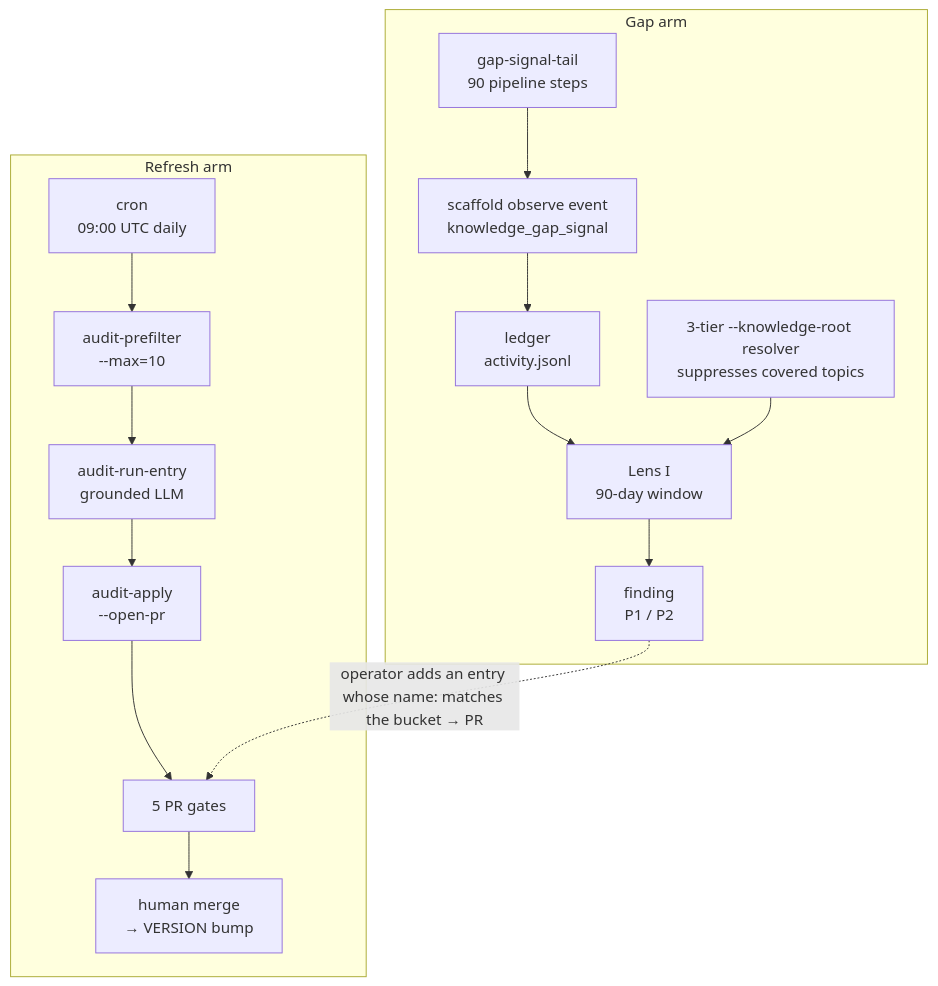
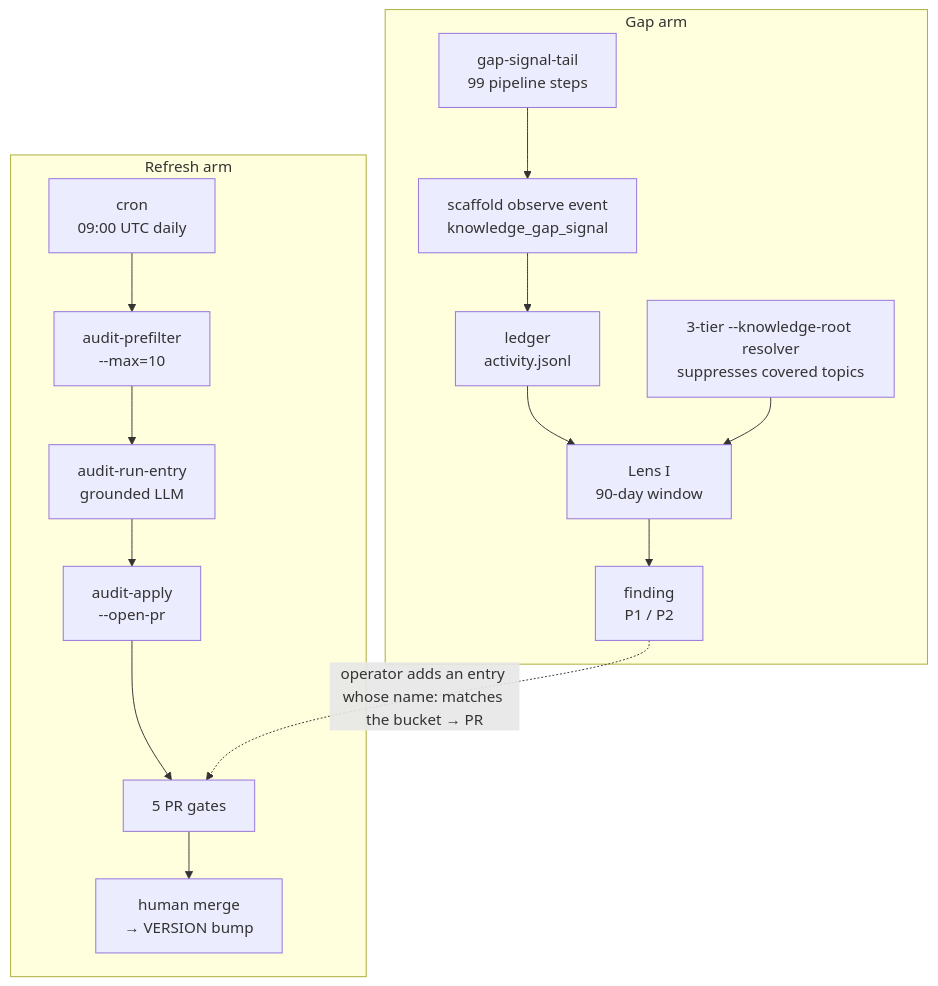
The diagram in content/guides/knowledge-freshness/index.md (zigrivers/scaffold), drawn with Mermaid before and after one commit. The commit also changed other lines of this file and 31 other files, not shown here.

````diff
--- a/content/guides/knowledge-freshness/index.md
+++ b/content/guides/knowledge-freshness/index.md
@@ -62,29 +62,29 @@
 ```mermaid
 flowchart TB
   subgraph refresh[Refresh arm]
     CRON["cron
 09:00 UTC daily"] --> PF["audit-prefilter
 --max=10"]
     PF --> RUN["audit-run-entry
 grounded LLM"]
     RUN --> APPLY["audit-apply
 --open-pr"]
     APPLY --> GATES["5 PR gates"]
     GATES --> MERGE["human merge
 → VERSION bump"]
   end
   subgraph gap[Gap arm]
     TAIL["gap-signal-tail
-90 pipeline steps"] --> EVENT["scaffold observe event
+99 pipeline steps"] --> EVENT["scaffold observe event
 knowledge_gap_signal"]
     EVENT --> LEDGER["ledger
 activity.jsonl"]
     LEDGER --> LENSI["Lens I
 90-day window"]
     LENSI --> FINDING["finding
 P1 / P2"]
     RESOLVER["3-tier --knowledge-root resolver
 suppresses covered topics"] --> LENSI
   end
   FINDING -.->|operator adds an entry whose name: matches the bucket → PR| GATES
 ```
````
